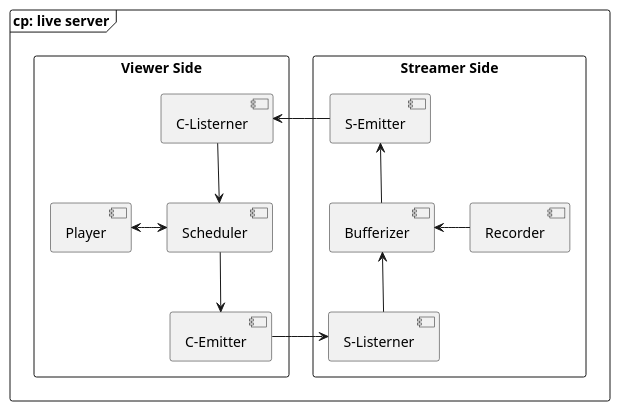
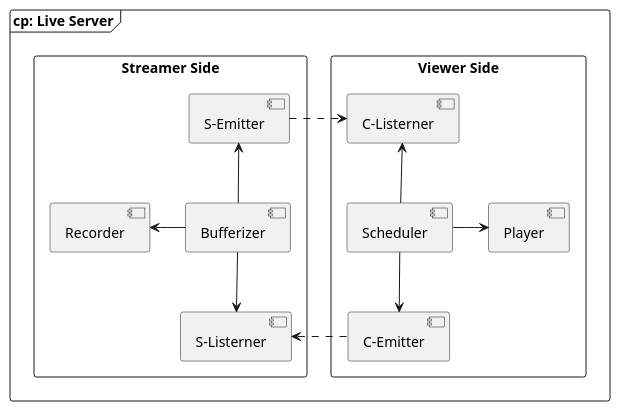
The diagram in models/6.Component/3.liveserver.puml (SSMM0498/arkad-conception), drawn with PlantUML before and after one commit. The commit also changed 3 other files, not shown here.

Commit message:
fix : components diagrams arrows sens

```diff
--- a/models/6.Component/3.liveserver.puml
+++ b/models/6.Component/3.liveserver.puml
@@ -1,22 +1,21 @@
-@startuml "live server component diagram"
+@startuml "Live Server Component Diagram"
 skinparam shadowing false
 skinparam monochrome true
 
-frame "cp: live server" {
+frame "cp: Live Server" {
+    rectangle "Viewer Side"{
+        [Scheduler] -up-> [C-Listerner]
+        [Scheduler] -down-> [C-Emitter]
+        [Scheduler] -right-> [Player]
+    }
     rectangle "Streamer Side"{
         [Bufferizer] -up-> [S-Emitter]
-        [Bufferizer] <-down- [S-Listerner]
-        [Bufferizer] <-right- [Recorder]
-    }
-    
-    rectangle "Viewer Side"{
-        [Scheduler] <-up- [C-Listerner]
-        [Scheduler] -down-> [C-Emitter]
-        [Scheduler] <-left-> [Player]
+        [Bufferizer] -down-> [S-Listerner]
+        [Bufferizer] -left-> [Recorder]
     }
 
-    [C-Listerner] <-right- [S-Emitter]
-    [S-Listerner] <-left- [C-Emitter]
+    [C-Listerner] <.left. [S-Emitter]
+    [S-Listerner] <.right. [C-Emitter]
 }
 
 @enduml
```
